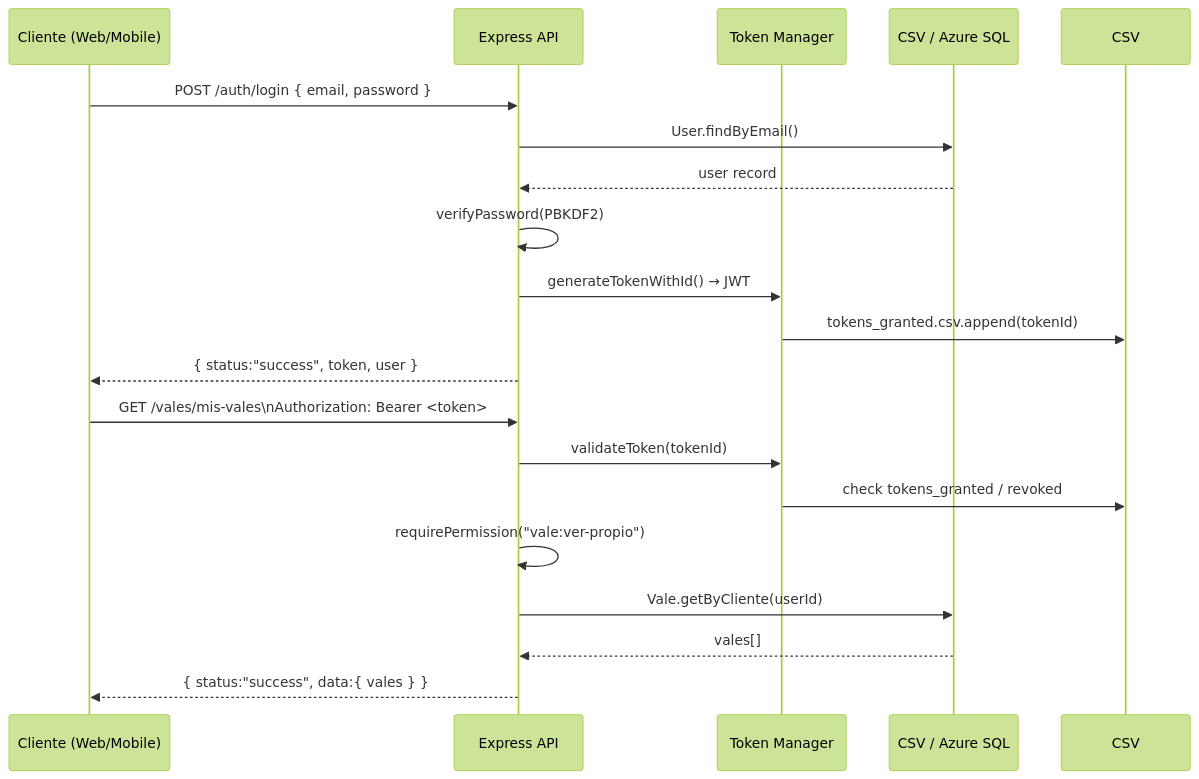
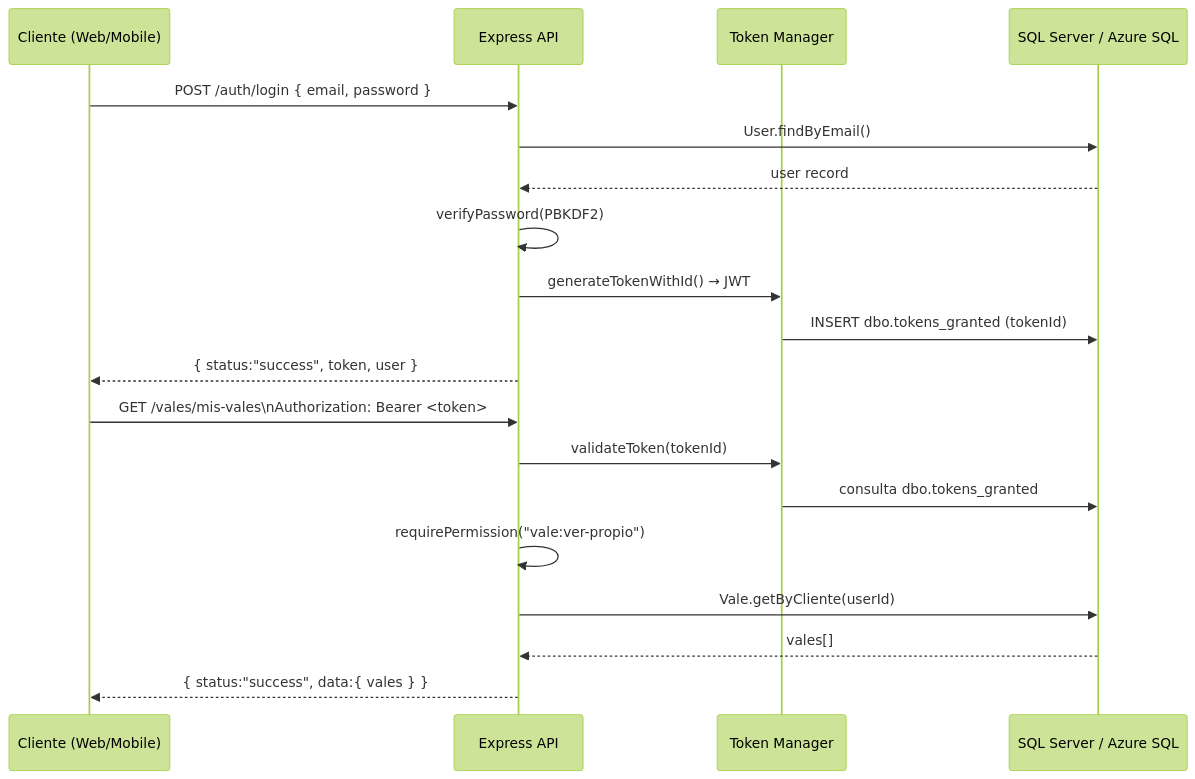
Before and after one commit to marco30jaramillo/prueba_cloud_code: the second of 3 diagrams in docs/diagrams/architecture.md, drawn with Mermaid (forest theme). The commit also changed other lines of this file and 101 other files, not shown here.

First line of the commit message:
refactor(backend): base de datos SQL Server local y eliminación del modo CSV

````diff
--- a/docs/diagrams/architecture.md
+++ b/docs/diagrams/architecture.md
@@ -33,23 +40,23 @@
 ```mermaid
 sequenceDiagram
     participant C as Cliente (Web/Mobile)
     participant API as Express API
     participant TM as Token Manager
-    participant DB as CSV / Azure SQL
+    participant DB as SQL Server / Azure SQL
 
     C->>API: POST /auth/login { email, password }
     API->>DB: User.findByEmail()
     DB-->>API: user record
     API->>API: verifyPassword(PBKDF2)
     API->>TM: generateTokenWithId() → JWT
-    TM->>CSV: tokens_granted.csv.append(tokenId)
+    TM->>DB: INSERT dbo.tokens_granted (tokenId)
     API-->>C: { status:"success", token, user }
     
     C->>API: GET /vales/mis-vales\nAuthorization: Bearer <token>
     API->>TM: validateToken(tokenId)
-    TM->>CSV: check tokens_granted / revoked
+    TM->>DB: consulta dbo.tokens_granted
     API->>API: requirePermission("vale:ver-propio")
     API->>DB: Vale.getByCliente(userId)
     DB-->>API: vales[]
     API-->>C: { status:"success", data:{ vales } }
 ```
````
